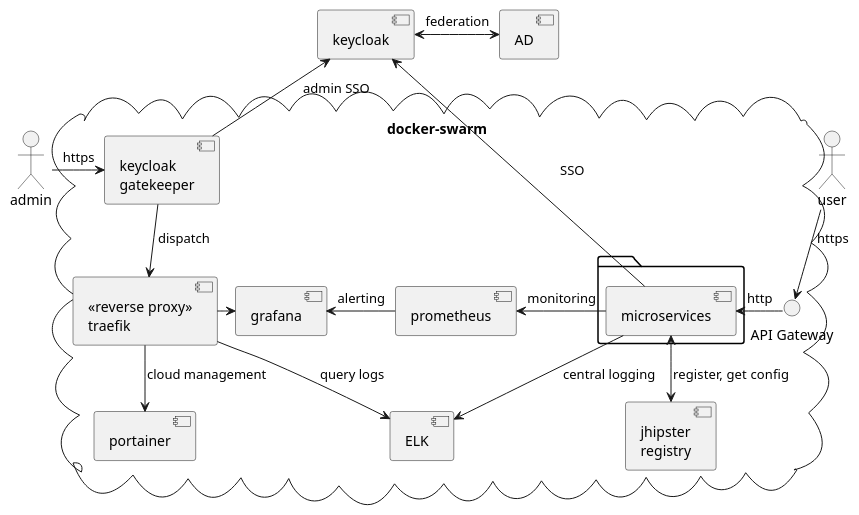
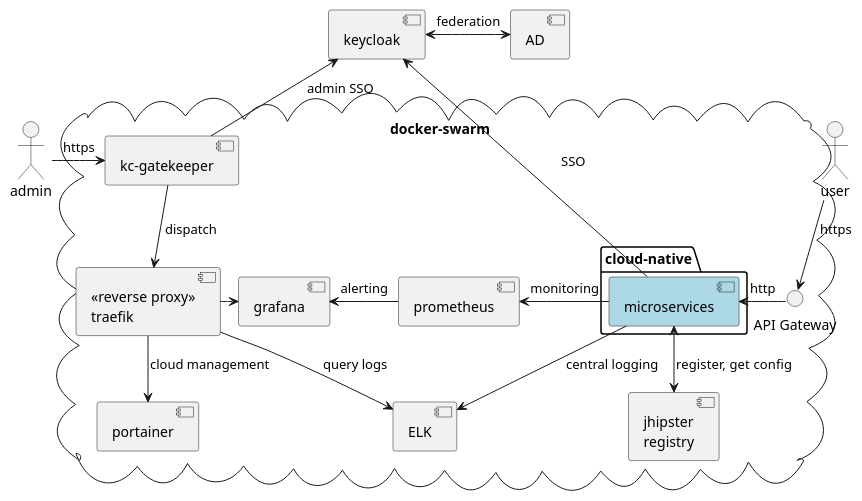
One commit to aanno/arch-examples changed the diagram in re/cloud-infrastructure.comp.puml. Above: the diagram before and after it, drawn with PlantUML. The commit also changed 1 other file, not shown here.

```diff
--- a/re/cloud-infrastructure.comp.puml
+++ b/re/cloud-infrastructure.comp.puml
@@ -1,40 +1,40 @@
 @startuml
 !pragma layout smetana
 !pragma horizontalLineBetweenDifferentPackageAllowed
 
 actor admin as admin
 [keycloak] as kc
 [AD] as ad
+kc <-r-> ad : federation
 
 cloud "docker-swarm" {    
-    [keycloak\ngatekeeper] as gk
+    [kc-gatekeeper] as gk
     [<<reverse proxy>>\ntraefik] as tf
     [portainer]
-    package {
-        [microservices] as ms
+    package "cloud-native" {
+        [microservices] as ms #LightBlue
     }
     [grafana]
     [prometheus]
     () "API Gateway" as in
     [ELK] as elk
     [jhipster\nregistry] as registry
 }
 
 admin -> gk : https
-kc <-r-> ad : federation
 gk -u-> kc : admin SSO
 gk -d-> tf : dispatch
 tf -d-> [portainer] : cloud management
 tf -> [grafana]
 tf -d-> elk : query logs
 [prometheus] -l-> [grafana] : alerting
 ms -d-> elk : central logging
 ms -l-> [prometheus] : monitoring
 ms <-d-> registry : register, get config
 ms -> kc : SSO
 
 actor user as user
 in <-u- user : https
 in -l-> ms : http
 
 @enduml
```
